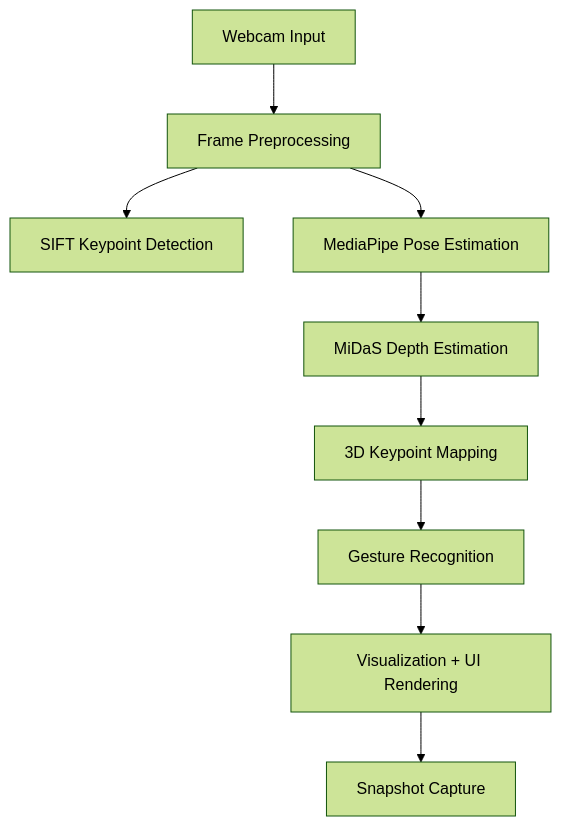
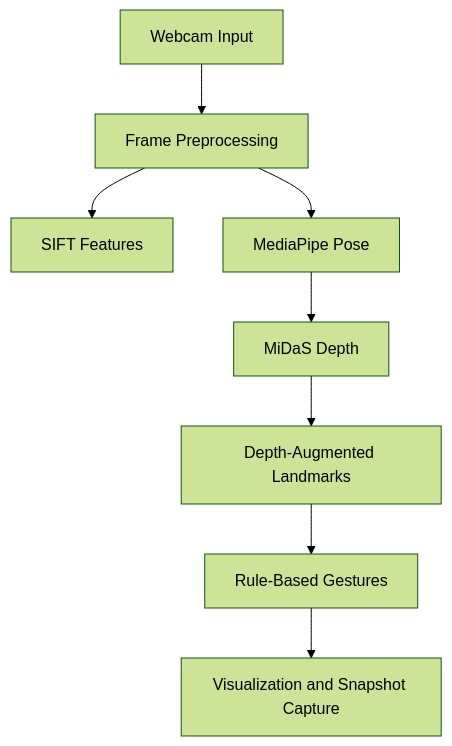
The diagram in README.md (Azlaan20/Computer_Vision_Project), drawn with Mermaid (forest theme) before and after one commit. The commit also changed other lines of this file, not shown here.

`````diff
--- a/README.md
+++ b/README.md
@@ -34,11 +19,10 @@
 ```mermaid
 graph TD
     A[Webcam Input] --> B[Frame Preprocessing]
-    B --> C[SIFT Keypoint Detection]
-    B --> D[MediaPipe Pose Estimation]
-    D --> E[MiDaS Depth Estimation]
-    E --> F[3D Keypoint Mapping]
-    F --> G[Gesture Recognition]
-    G --> H[Visualization + UI Rendering]
-    H --> I[Snapshot Capture]
-````
+    B --> C[SIFT Features]
+    B --> D[MediaPipe Pose]
+    D --> E[MiDaS Depth]
+    E --> F[Depth-Augmented Landmarks]
+    F --> G[Rule-Based Gestures]
+    G --> H[Visualization and Snapshot Capture]
+```
`````
